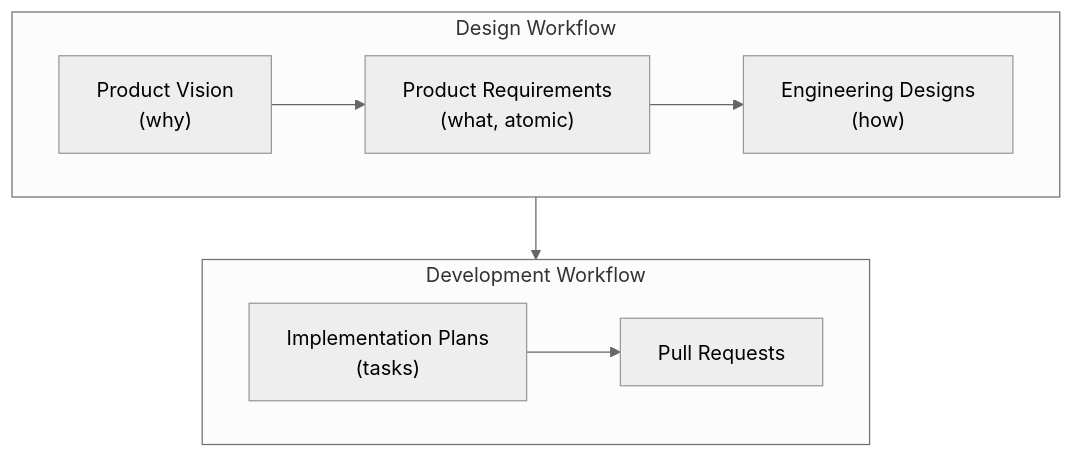
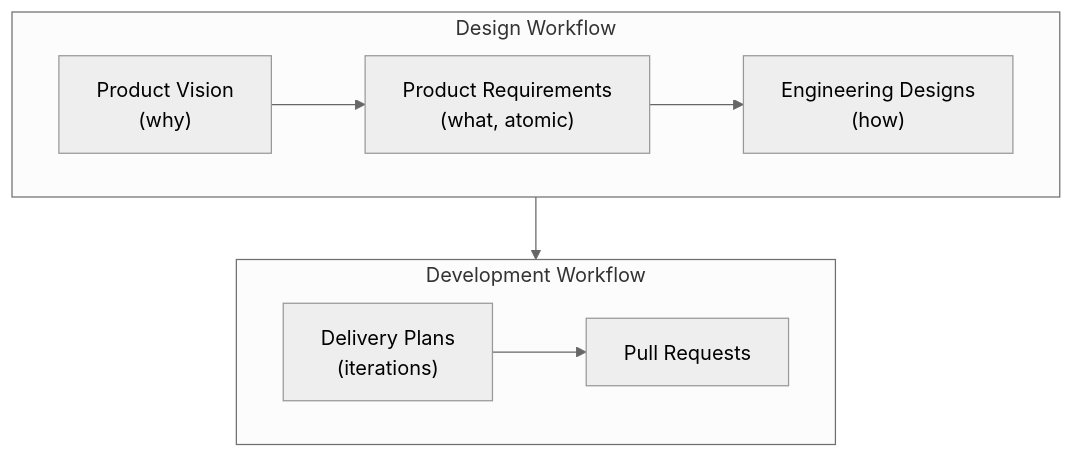
Before and after one commit to justdavis-family/justdavis: the diagram in design/README.md, drawn with Mermaid (neutral theme). The commit also changed other lines of this file and 7 other files, not shown here.

````diff
--- a/design/README.md
+++ b/design/README.md
@@ -13,19 +13,19 @@
 ```mermaid
 flowchart TB
     subgraph design [Design Workflow]
         direction LR
         vision["Product Vision<br/>(why)"]
         requirements["Product Requirements<br/>(what, atomic)"]
         engineering-designs["Engineering Designs<br/>(how)"]
         vision --> requirements --> engineering-designs
     end
 
     subgraph development [Development Workflow]
         direction LR
-        plans["Implementation Plans<br/>(tasks)"]
+        plans["Delivery Plans<br/>(iterations)"]
         pull-requests["Pull Requests"]
         plans --> pull-requests
     end
 
     design --> development
 ```
````
